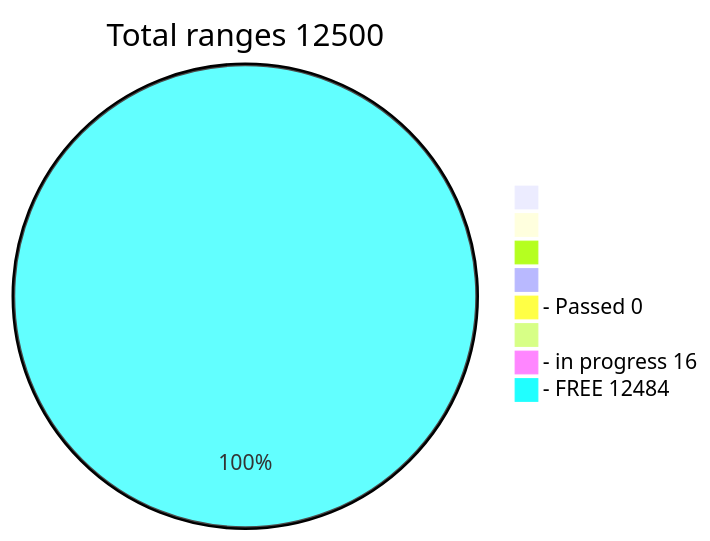
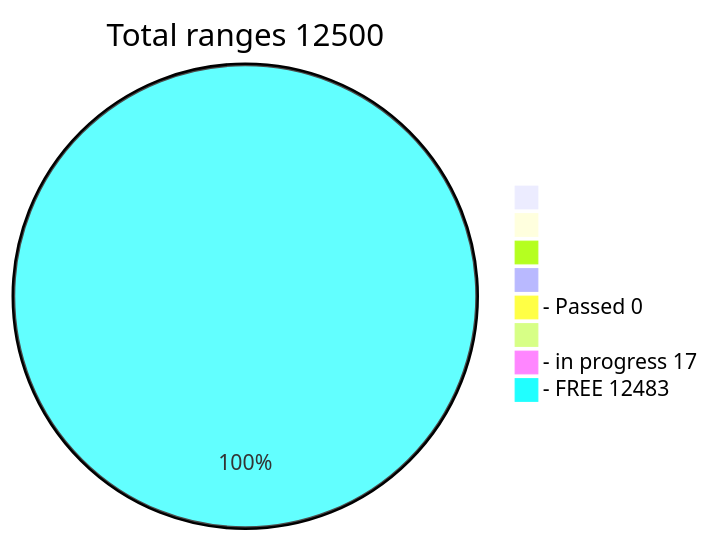
Before and after one commit to phrutis/Passphrases: the diagram in README.md, drawn with Mermaid.

````diff
--- a/README.md
+++ b/README.md
@@ -3,12 +3,12 @@
 ```mermaid
 pie title Total ranges 12500
              " " : 0
             "  " : 0
            "   " : 0
           "    " : 0
   "- Passed 0" : 0
          "     " : 0
-  "- in progress 16" : 16
-   "- FREE 12484" : 12484
+  "- in progress 17" : 17
+   "- FREE 12483" : 12483
    
 ```
````
